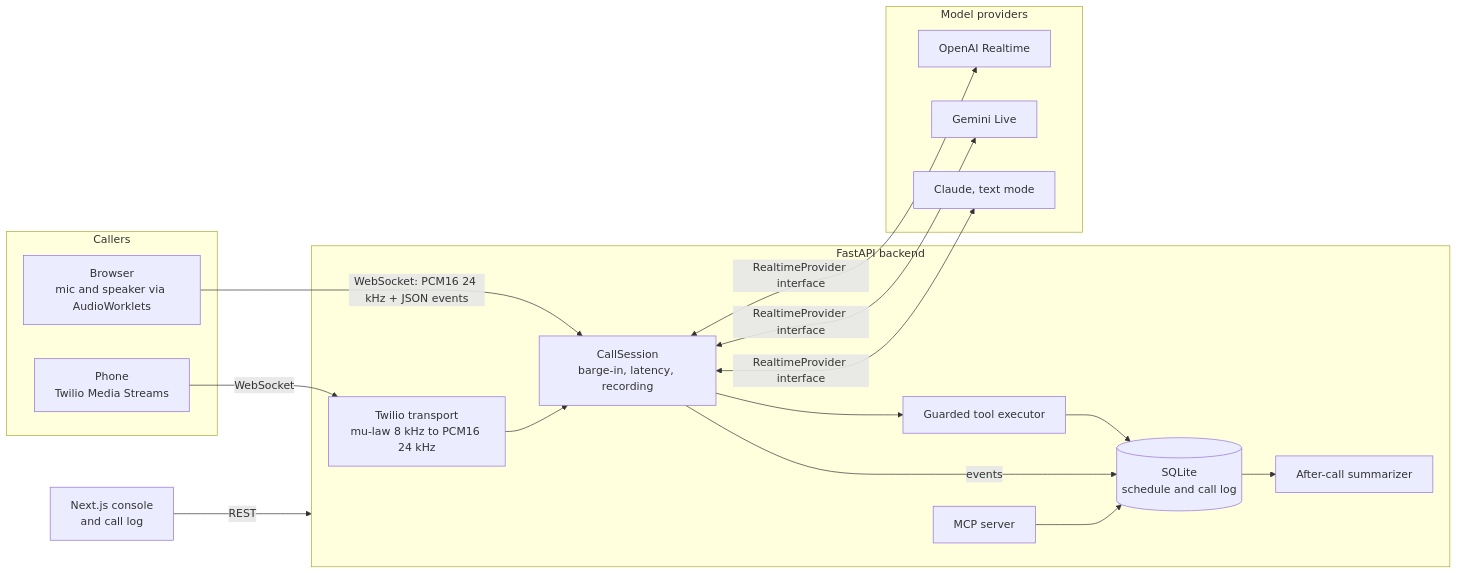
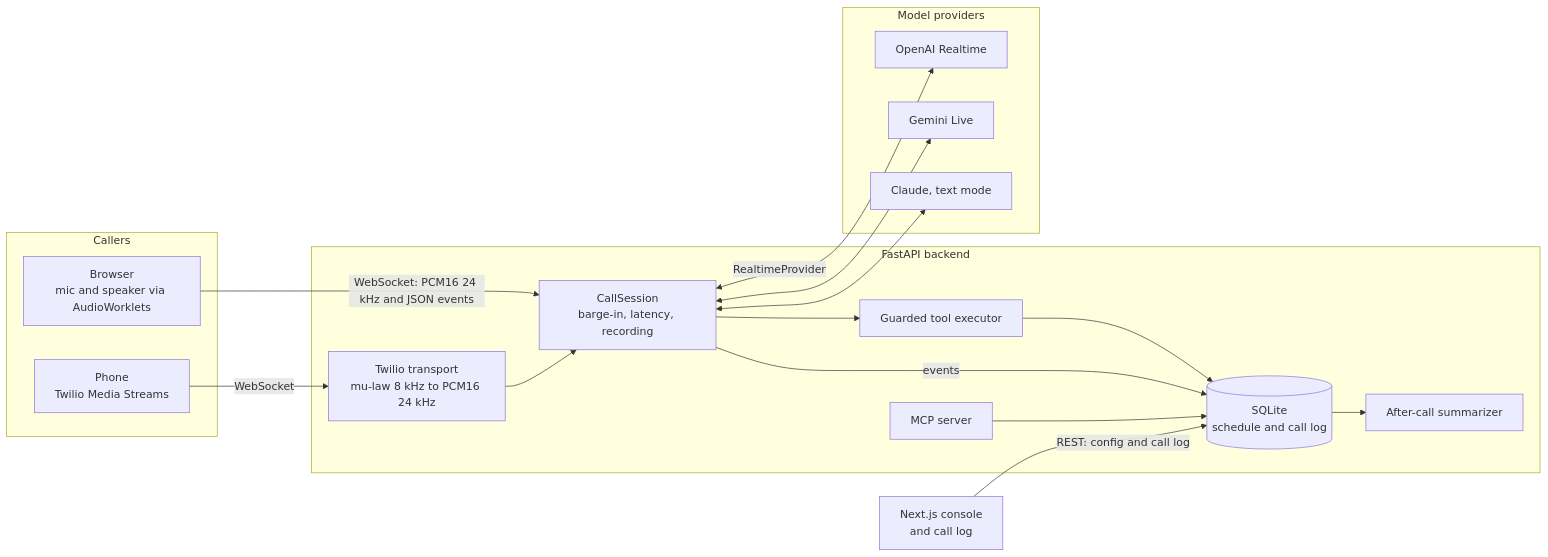
The diagram in README.md (GillParm/callpilot), drawn with Mermaid before and after one commit.

Commit message:
docs: simplify the architecture diagram's Mermaid syntax

````diff
--- a/README.md
+++ b/README.md
@@ -35,33 +35,37 @@
 ```mermaid
 flowchart LR
     subgraph callers[Callers]
         browser["Browser<br/>mic and speaker via AudioWorklets"]
         phone["Phone<br/>Twilio Media Streams"]
     end
 
     subgraph api[FastAPI backend]
         twilio["Twilio transport<br/>mu-law 8 kHz to PCM16 24 kHz"]
         session["CallSession<br/>barge-in, latency, recording"]
         guard["Guarded tool executor"]
         db[("SQLite<br/>schedule and call log")]
         summary["After-call summarizer"]
         mcp["MCP server"]
     end
 
     subgraph models[Model providers]
         openai["OpenAI Realtime"]
         gemini["Gemini Live"]
         claude["Claude, text mode"]
     end
 
     web["Next.js console<br/>and call log"]
 
-    browser -- "WebSocket: PCM16 24 kHz + JSON events" --> session
-    phone -- "WebSocket" --> twilio --> session
-    session <-- "RealtimeProvider interface" --> openai & gemini & claude
-    session --> guard --> db
-    session -- "events" --> db
+    browser -->|"WebSocket: PCM16 24 kHz and JSON events"| session
+    phone -->|WebSocket| twilio
+    twilio --> session
+    session <-->|RealtimeProvider| openai
+    session <--> gemini
+    session <--> claude
+    session --> guard
+    guard --> db
+    session -->|events| db
     db --> summary
     mcp --> db
-    web -- "REST" --> api
+    web -->|"REST: config and call log"| db
 ```
````
